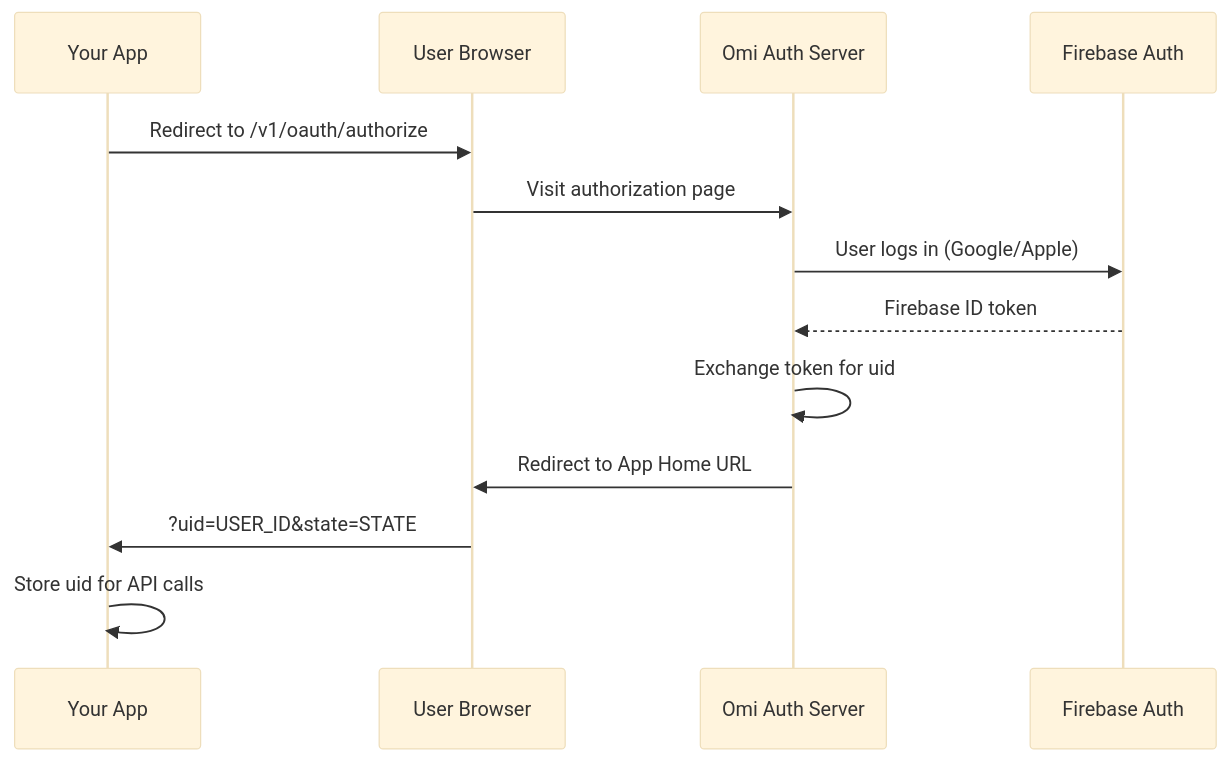
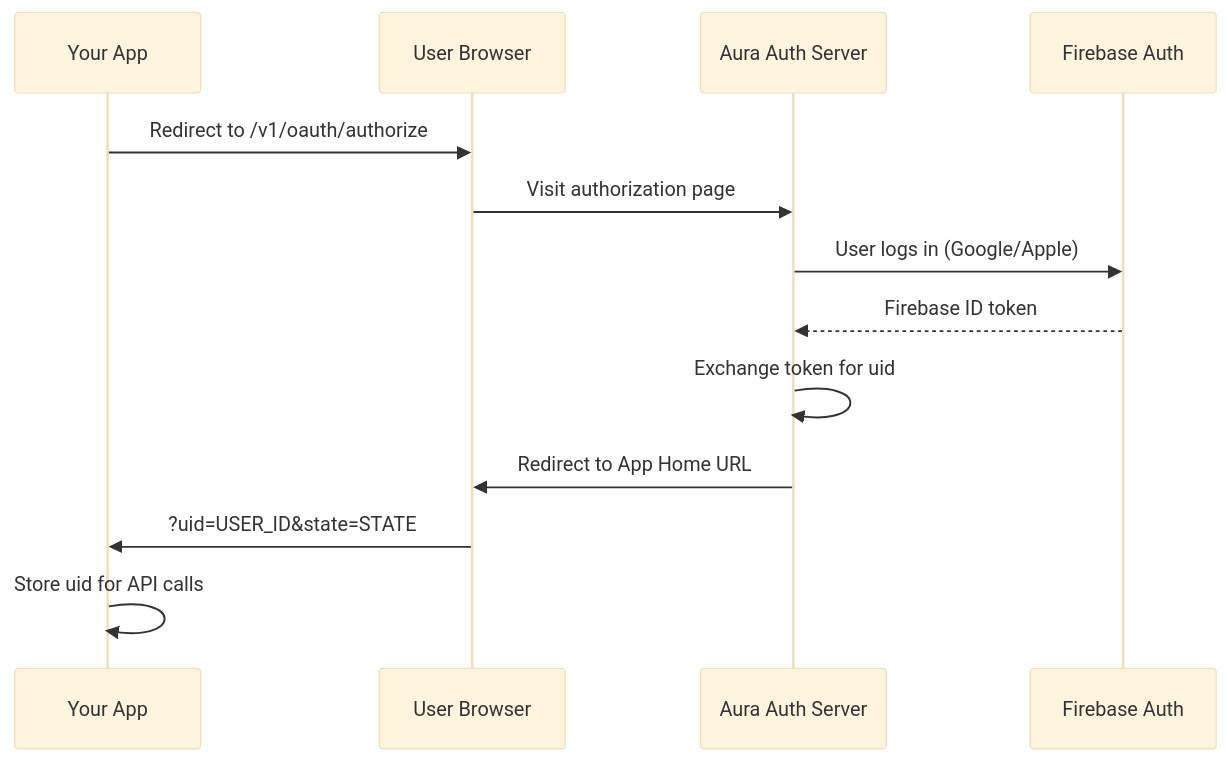
The diagram in docs/doc/developer/apps/Oauth.mdx (thesohamdatta/Aura-Wearable-AI), drawn with Mermaid (base theme) before and after one commit. The commit also changed other lines of this file and 161 other files, not shown here.

Commit message:
chore: sanitize Omi branding to Aura across repository

````diff
--- a/docs/doc/developer/apps/Oauth.mdx
+++ b/docs/doc/developer/apps/Oauth.mdx
@@ -10,16 +10,16 @@
 ```mermaid
 sequenceDiagram
     participant App as Your App
     participant User as User Browser
-    participant Omi as Omi Auth Server
+    participant Aura as Aura Auth Server
     participant Firebase as Firebase Auth
 
     App->>User: Redirect to /v1/oauth/authorize
-    User->>Omi: Visit authorization page
-    Omi->>Firebase: User logs in (Google/Apple)
-    Firebase-->>Omi: Firebase ID token
-    Omi->>Omi: Exchange token for uid
-    Omi->>User: Redirect to App Home URL
+    User->>Aura: Visit authorization page
+    Aura->>Firebase: User logs in (Google/Apple)
+    Firebase-->>Aura: Firebase ID token
+    Aura->>Aura: Exchange token for uid
+    Aura->>User: Redirect to App Home URL
     User->>App: ?uid=USER_ID&state=STATE
     App->>App: Store uid for API calls
 ```
````
